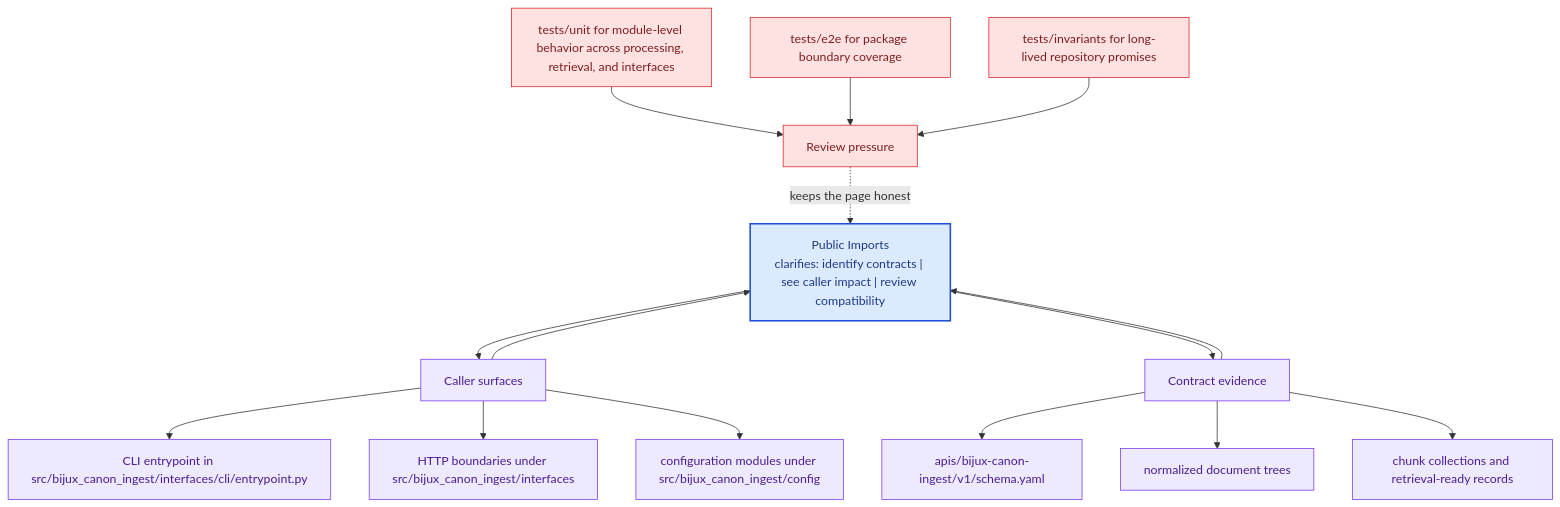
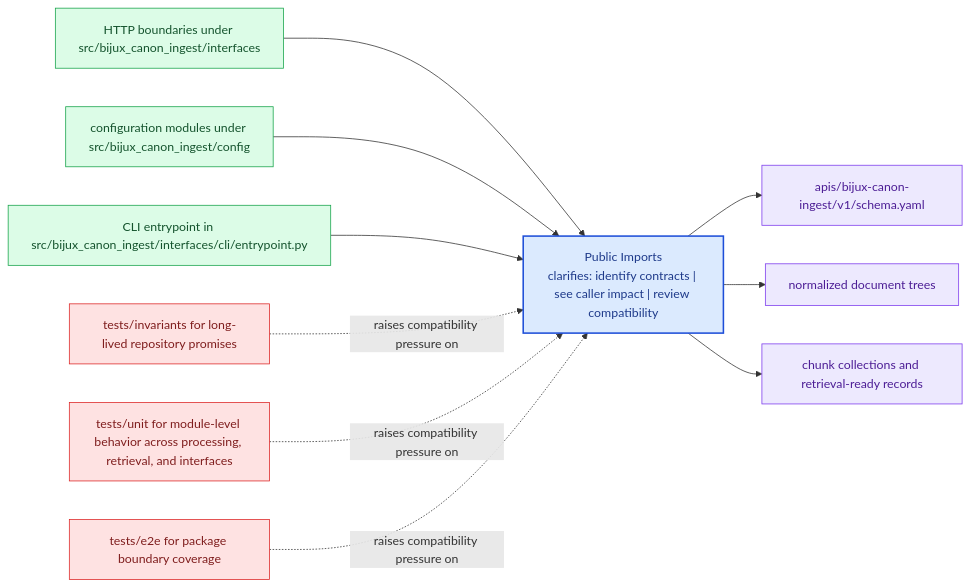
Before and after one commit to bijux/bijux-canon: the diagram in docs/bijux-canon-ingest/interfaces/public-imports.md, drawn with Mermaid. The commit also changed other lines of this file and 281 other files, not shown here.

Commit message:
docs(diagrams): replace repeated mermaid scaffolds with page-specific summaries

````diff
--- a/docs/bijux-canon-ingest/interfaces/public-imports.md
+++ b/docs/bijux-canon-ingest/interfaces/public-imports.md
@@ -68,41 +23,31 @@
 ```mermaid
-flowchart TB
-    promise["Public Imports<br/>clarifies: identify contracts | see caller impact | review compatibility"]
-    classDef promise fill:#dbeafe,stroke:#1d4ed8,color:#1e3a8a,stroke-width:2px;
-    classDef driver fill:#dcfce7,stroke:#16a34a,color:#14532d;
-    classDef constraint fill:#fee2e2,stroke:#dc2626,color:#7f1d1d;
-    classDef ground fill:#ede9fe,stroke:#7c3aed,color:#4c1d95;
-    focus1["Caller surfaces"]
-    focus1 --> promise
-    promise --> focus1
-    focus1_1["CLI entrypoint in src/bijux_canon_ingest/interfaces/cli/entrypoint.py"]
-    focus1 --> focus1_1
-    focus1_2["HTTP boundaries under src/bijux_canon_ingest/interfaces"]
-    focus1 --> focus1_2
-    focus1_3["configuration modules under src/bijux_canon_ingest/config"]
-    focus1 --> focus1_3
-    class focus1 ground;
-    class focus1_1,focus1_2,focus1_3 ground;
-    focus2["Contract evidence"]
-    focus2 --> promise
-    promise --> focus2
-    focus2_1["apis/bijux-canon-ingest/v1/schema.yaml"]
-    focus2 --> focus2_1
-    focus2_2["normalized document trees"]
-    focus2 --> focus2_2
-    focus2_3["chunk collections and retrieval-ready records"]
-    focus2 --> focus2_3
-    class focus2 ground;
-    class focus2_1,focus2_2,focus2_3 ground;
-    focus3["Review pressure"]
-    focus3 -.keeps the page honest.-> promise
-    focus3_1["tests/unit for module-level behavior across processing, retrieval, and interfaces"]
-    focus3_1 --> focus3
-    focus3_2["tests/e2e for package boundary coverage"]
-    focus3_2 --> focus3
-    focus3_3["tests/invariants for long-lived repository promises"]
-    focus3_3 --> focus3
-    class focus3 constraint;
-    class focus3_1,focus3_2,focus3_3 constraint;
-    class promise promise;
+flowchart LR
+    page["Public Imports<br/>clarifies: identify contracts | see caller impact | review compatibility"]
+    classDef page fill:#dbeafe,stroke:#1d4ed8,color:#1e3a8a,stroke-width:2px;
+    classDef positive fill:#dcfce7,stroke:#16a34a,color:#14532d;
+    classDef caution fill:#fee2e2,stroke:#dc2626,color:#7f1d1d;
+    classDef anchor fill:#ede9fe,stroke:#7c3aed,color:#4c1d95;
+    classDef action fill:#fef3c7,stroke:#d97706,color:#7c2d12;
+    surface1["HTTP boundaries under src/bijux_canon_ingest/interfaces"]
+    surface1 --> page
+    surface2["configuration modules under src/bijux_canon_ingest/config"]
+    surface2 --> page
+    surface3["CLI entrypoint in src/bijux_canon_ingest/interfaces/cli/entrypoint.py"]
+    surface3 --> page
+    proof1["apis/bijux-canon-ingest/v1/schema.yaml"]
+    page --> proof1
+    proof2["normalized document trees"]
+    page --> proof2
+    proof3["chunk collections and retrieval-ready records"]
+    page --> proof3
+    review1["tests/invariants for long-lived repository promises"]
+    review1 -.raises compatibility pressure on.-> page
+    review2["tests/unit for module-level behavior across processing, retrieval, and interfaces"]
+    review2 -.raises compatibility pressure on.-> page
+    review3["tests/e2e for package boundary coverage"]
+    review3 -.raises compatibility pressure on.-> page
+    class page page;
+    class surface1,surface2,surface3 positive;
+    class proof1,proof2,proof3 anchor;
+    class review1,review2,review3 caution;
 ```
````
